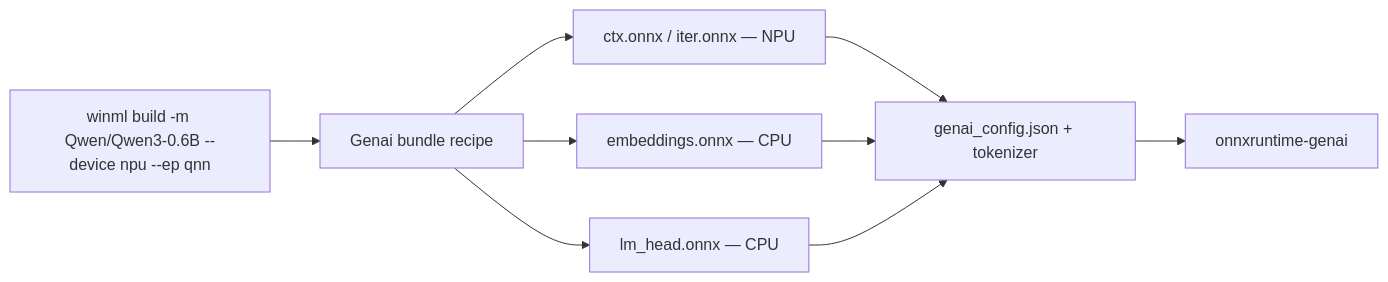
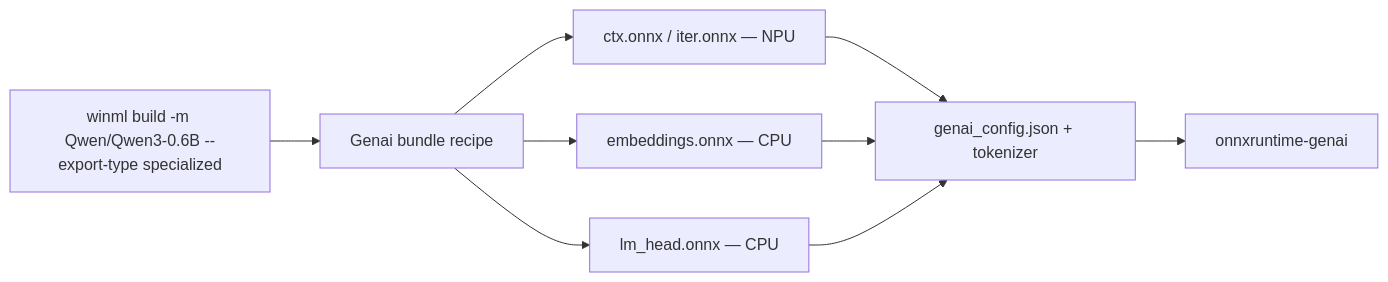
Before and after one commit to microsoft/winml-cli: the diagram in docs/samples/qwen3-genai-bundle.md, drawn with Mermaid. The commit also changed other lines of this file and 8 other files, not shown here.

First line of the commit message:
Add --export-type (generic | specialized) selector to winml build

````diff
--- a/docs/samples/qwen3-genai-bundle.md
+++ b/docs/samples/qwen3-genai-bundle.md
@@ -30,11 +30,11 @@
 ```mermaid
 graph LR
-    A["winml build -m Qwen/Qwen3-0.6B --device npu --ep qnn"] --> B[Genai bundle recipe]
+    A["winml build -m Qwen/Qwen3-0.6B --export-type specialized"] --> B[Genai bundle recipe]
     B --> C[ctx.onnx / iter.onnx — NPU]
     B --> D[embeddings.onnx — CPU]
     B --> E[lm_head.onnx — CPU]
     C --> F[genai_config.json + tokenizer]
     D --> F
     E --> F
     F --> G[onnxruntime-genai]
 ```
````
